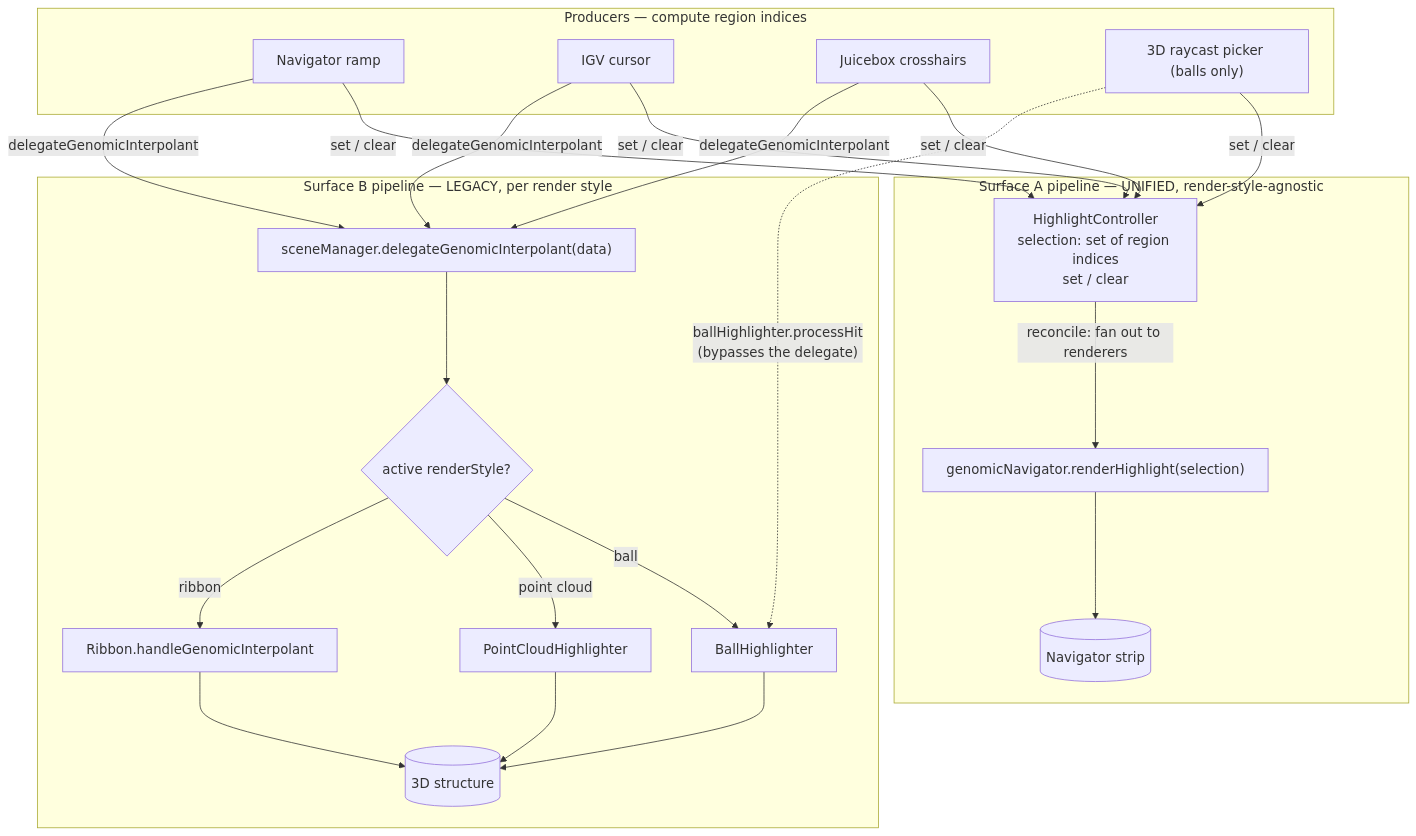
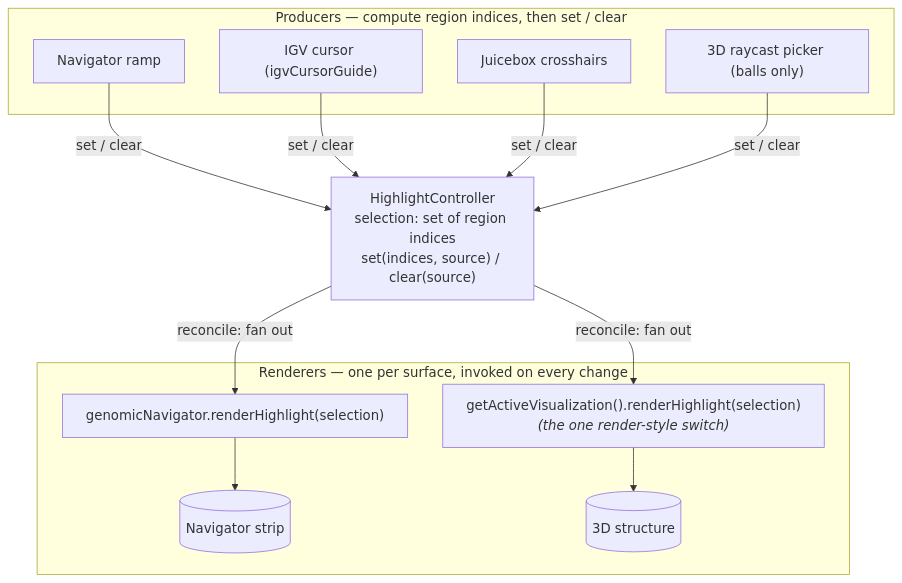
One commit to aidenlab/spacewalk changed the second of 7 diagrams in development-notes/highlighting-participant-map.md. Above: the diagram before and after it, drawn with Mermaid. The commit also changed other lines of this file and 9 other files, not shown here.

````diff
--- a/development-notes/highlighting-participant-map.md
+++ b/development-notes/highlighting-participant-map.md
@@ -126,40 +120,29 @@
 ```mermaid
 %%{init: {'themeVariables': {'fontSize': '17px', 'fontFamily': 'arial'}, 'flowchart': {'nodeSpacing': 45, 'rankSpacing': 55}}}%%
 flowchart TB
-    subgraph P["Producers — compute region indices"]
+    subgraph P["Producers — compute region indices, then set / clear"]
         NAV["Navigator ramp"]
-        IGV["IGV cursor"]
+        IGV["IGV cursor (igvCursorGuide)"]
         JB["Juicebox crosshairs"]
         PICK["3D raycast picker (balls only)"]
     end
 
-    subgraph A["Surface A pipeline — UNIFIED, render-style-agnostic"]
-        HC["HighlightController<br/>selection: set of region indices<br/>set / clear"]
+    HC["HighlightController<br/>selection: set of region indices<br/>set(indices, source) / clear(source)"]
+
+    subgraph R["Renderers — one per surface, invoked on every change"]
         RH["genomicNavigator.renderHighlight(selection)"]
         STRIP[("Navigator strip")]
-        HC -->|"reconcile: fan out to renderers"| RH --> STRIP
-    end
-
-    subgraph B["Surface B pipeline — LEGACY, per render style"]
-        DEL["sceneManager.delegateGenomicInterpolant(data)"]
-        SW{"active renderStyle?"}
-        BH["BallHighlighter"]
-        PCH["PointCloudHighlighter"]
-        RIB["Ribbon.handleGenomicInterpolant"]
+        AV["getActiveVisualization().renderHighlight(selection)<br/><i>(the one render-style switch)</i>"]
         STRUCT[("3D structure")]
-        DEL --> SW
-        SW -->|ball| BH --> STRUCT
-        SW -->|"point cloud"| PCH --> STRUCT
-        SW -->|ribbon| RIB --> STRUCT
+        RH --> STRIP
+        AV --> STRUCT
     end
 
     NAV -->|"set / clear"| HC
     IGV -->|"set / clear"| HC
     JB  -->|"set / clear"| HC
     PICK -->|"set / clear"| HC
 
-    NAV -->|delegateGenomicInterpolant| DEL
-    IGV -->|delegateGenomicInterpolant| DEL
-    JB  -->|delegateGenomicInterpolant| DEL
-    PICK -.->|"ballHighlighter.processHit<br/>(bypasses the delegate)"| BH
+    HC -->|"reconcile: fan out"| RH
+    HC -->|"reconcile: fan out"| AV
 ```
````
